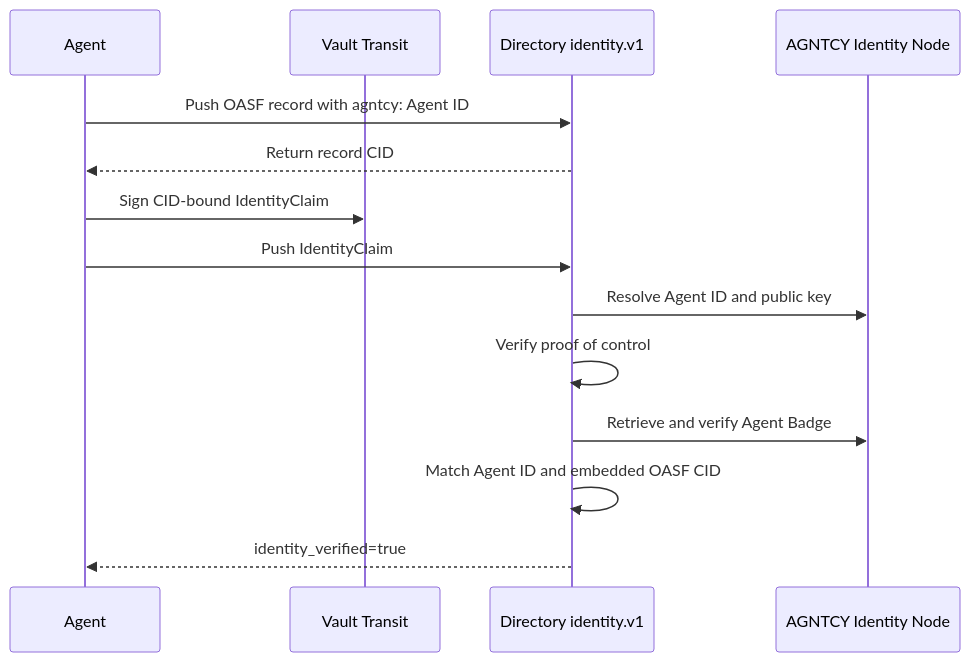
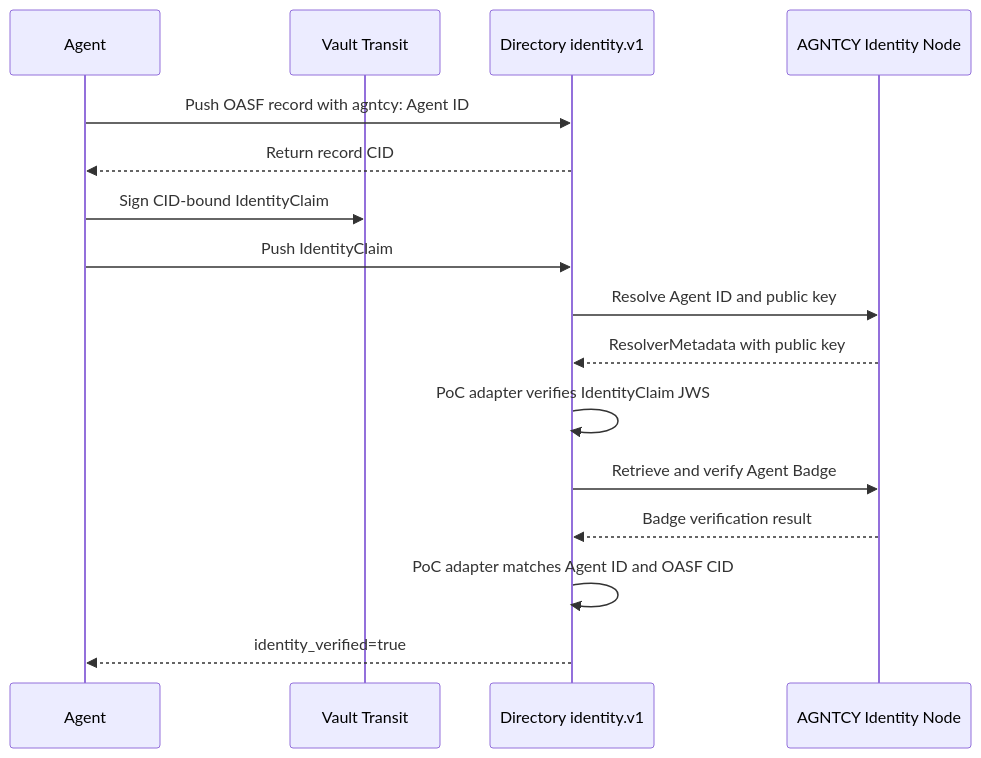
Before and after one commit to agntcy/agent-identity-demos: the second of 3 diagrams in oci-typed-artifacts-poc/DRAFT-DIRECTORY-MAINTAINER-COMMENT.md, drawn with Mermaid. The commit also changed other lines of this file, not shown here.

Commit message:
Clarify external identity verifier boundary

````diff
--- a/oci-typed-artifacts-poc/DRAFT-DIRECTORY-MAINTAINER-COMMENT.md
+++ b/oci-typed-artifacts-poc/DRAFT-DIRECTORY-MAINTAINER-COMMENT.md
@@ -303,17 +317,19 @@
 ```mermaid
 sequenceDiagram
     participant A as Agent
     participant V as Vault Transit
     participant D as Directory identity.v1
     participant I as AGNTCY Identity Node
 
     A->>D: Push OASF record with agntcy: Agent ID
     D-->>A: Return record CID
     A->>V: Sign CID-bound IdentityClaim
     A->>D: Push IdentityClaim
     D->>I: Resolve Agent ID and public key
-    D->>D: Verify proof of control
+    I-->>D: ResolverMetadata with public key
+    D->>D: PoC adapter verifies IdentityClaim JWS
     D->>I: Retrieve and verify Agent Badge
-    D->>D: Match Agent ID and embedded OASF CID
+    I-->>D: Badge verification result
+    D->>D: PoC adapter matches Agent ID and OASF CID
     D-->>A: identity_verified=true
 ```
````
